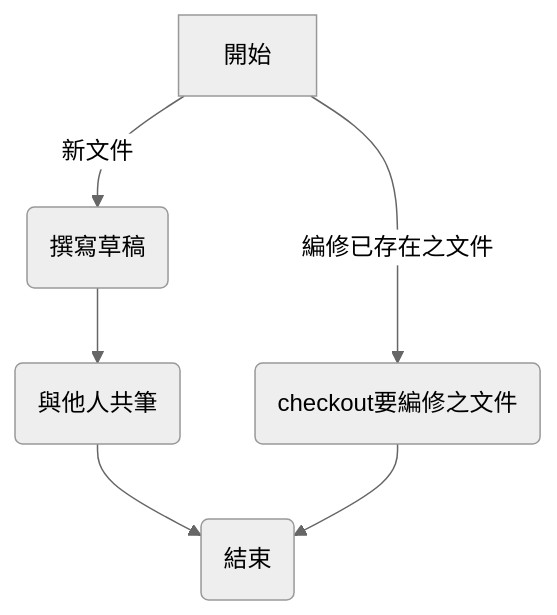
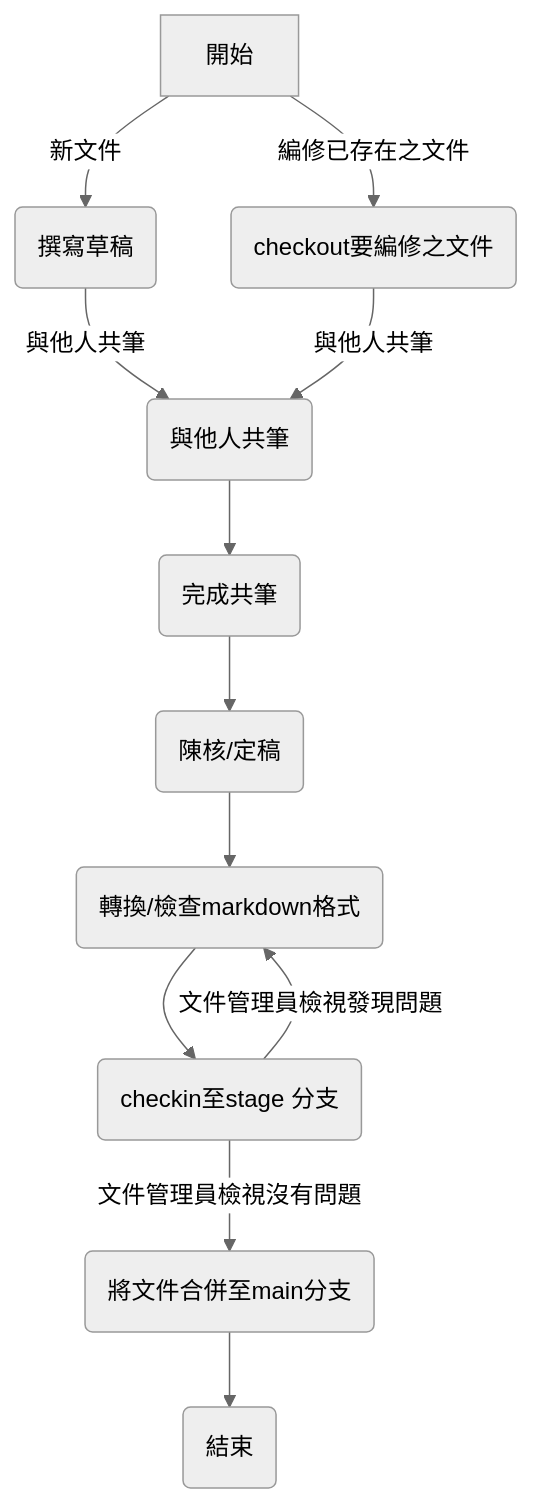
The second of 2 diagrams in uu.md (netlol/test22), drawn with Mermaid (neutral theme) before and after one commit.

````diff
--- a/uu.md
+++ b/uu.md
@@ -10,9 +10,14 @@
 ```mermaid
 graph TD;
   A[開始] -->|新文件| B(撰寫草稿);
   A -->|編修已存在之文件| C(checkout要編修之文件);
-  B --> D(與他人共筆);
-  D --> E(結束);
-  C --> E;
-
+  B -->|與他人共筆| D(與他人共筆);
+  C -->|與他人共筆| D(與他人共筆);
+  D --> E(完成共筆);
+  E --> F(陳核/定稿);
+  F --> G(轉換/檢查markdown格式);
+  G --> H(checkin至stage 分支);
+  H -->|文件管理員檢視沒有問題| I(將文件合併至main分支);
+  H -->|文件管理員檢視發現問題| G
+  I --> J(結束);
 ```
````
